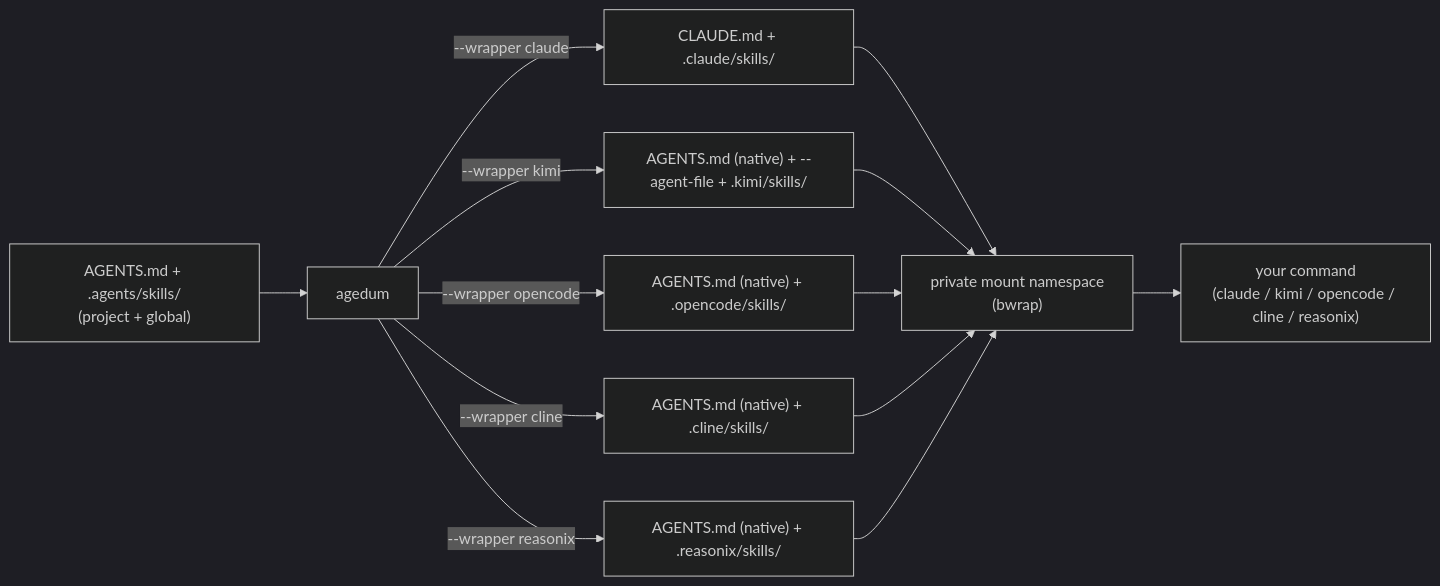
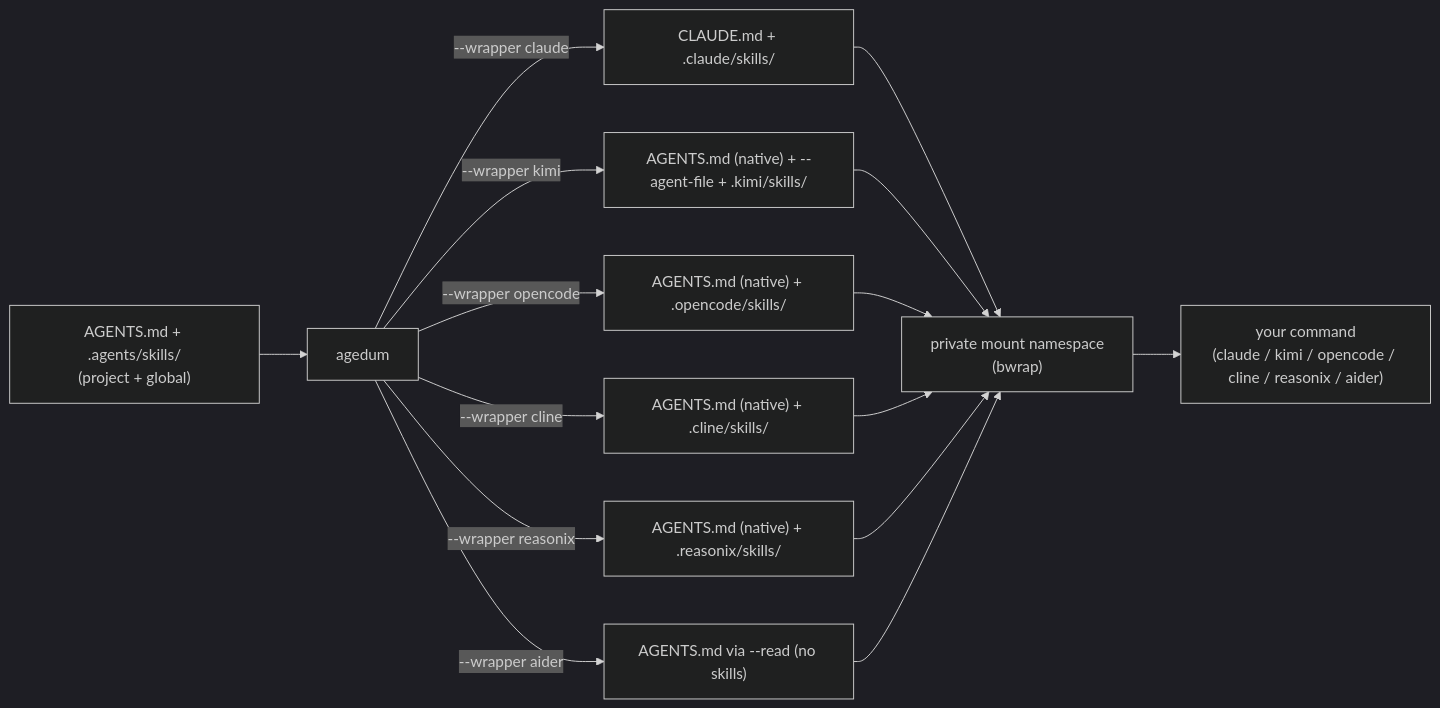
Before and after one commit to vcoeur/agedum: the diagram in docs/index.md, drawn with Mermaid (dark theme). The commit also changed other lines of this file and 16 other files, not shown here.

````diff
--- a/docs/index.md
+++ b/docs/index.md
@@ -61,15 +61,17 @@
 ```mermaid
 flowchart LR
   src["AGENTS.md + .agents/skills/<br/>(project + global)"] --> agedum
   agedum -->|"--wrapper claude"| cl["CLAUDE.md + .claude/skills/"]
   agedum -->|"--wrapper kimi"| ki["AGENTS.md (native) + --agent-file + .kimi/skills/"]
   agedum -->|"--wrapper opencode"| oc["AGENTS.md (native) + .opencode/skills/"]
   agedum -->|"--wrapper cline"| cln["AGENTS.md (native) + .cline/skills/"]
   agedum -->|"--wrapper reasonix"| rx["AGENTS.md (native) + .reasonix/skills/"]
+  agedum -->|"--wrapper aider"| ai["AGENTS.md via --read (no skills)"]
   cl --> ns["private mount namespace<br/>(bwrap)"]
   ki --> ns
   oc --> ns
   cln --> ns
   rx --> ns
-  ns --> cmd["your command<br/>(claude / kimi / opencode / cline / reasonix)"]
+  ai --> ns
+  ns --> cmd["your command<br/>(claude / kimi / opencode / cline / reasonix / aider)"]
 ```
````
